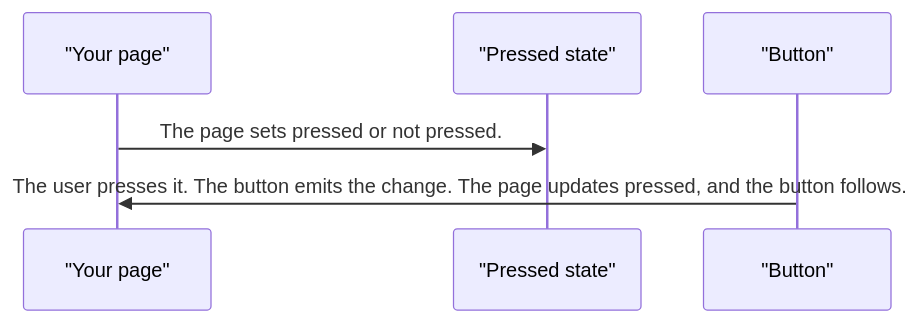
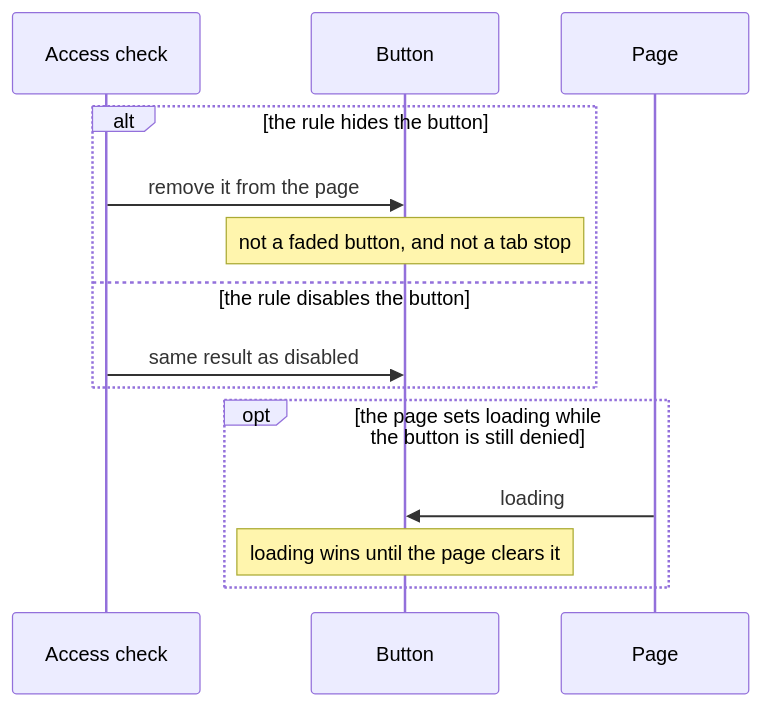
Before and after one commit to RajshekharBorate/pixel-ui: the fifth of 8 diagrams in projects/pixel-ui/src/lib/pixel-button/DESIGN.md, drawn with Mermaid. The commit also changed other lines of this file and 73 other files, not shown here.

Commit message:
Explain who owns each value and what each flow does in every component and service design.

````diff
--- a/projects/pixel-ui/src/lib/pixel-button/DESIGN.md
+++ b/projects/pixel-ui/src/lib/pixel-button/DESIGN.md
@@ -125,8 +182,17 @@
 ```mermaid
 sequenceDiagram
-  participant page as "Your page"
-  participant toggle as "Pressed state"
-  participant button as "Button"
-  page->>toggle: The page sets pressed or not pressed.
-  button->>page: The user presses it. The button emits the change. The page updates pressed, and the button follows.
+  participant Access as Access check
+  participant Button
+  participant Page
+
+  alt the rule hides the button
+    Access->>Button: remove it from the page
+    Note over Button: not a faded button, and not a tab stop
+  else the rule disables the button
+    Access->>Button: same result as disabled
+  end
+  opt the page sets loading while the button is still denied
+    Page->>Button: loading
+    Note over Button: loading wins until the page clears it
+  end
 ```
````
